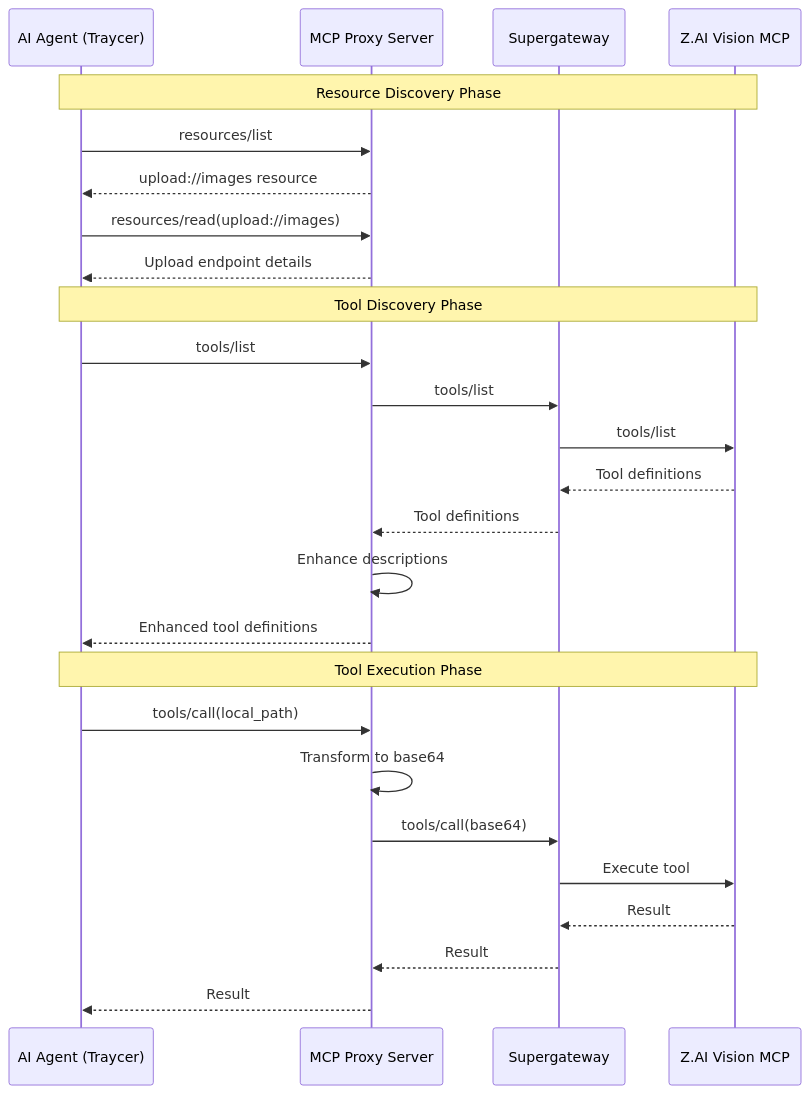
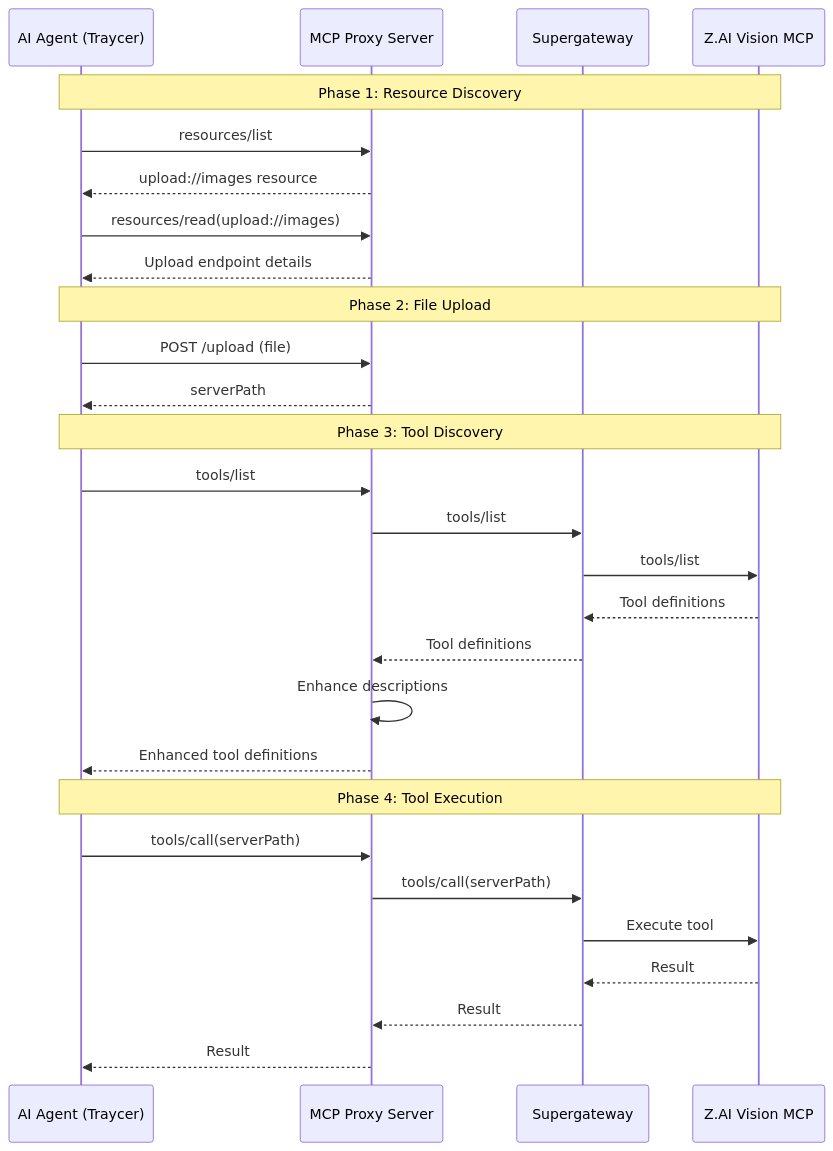
Before and after one commit to TotalLag/z_ai-vision-mcp-fly: the diagram in README.md, drawn with Mermaid. The commit also changed other lines of this file and 1 other file, not shown here.

First line of the commit message:
refactor(server): replace base64 conversion with upload-only workflow

````diff
--- a/README.md
+++ b/README.md
@@ -99,31 +118,34 @@
 ```mermaid
 sequenceDiagram
     participant Agent as AI Agent (Traycer)
     participant Proxy as MCP Proxy Server
     participant Gateway as Supergateway
     participant Vision as Z.AI Vision MCP
     
-    Note over Agent,Vision: Resource Discovery Phase
+    Note over Agent,Vision: Phase 1: Resource Discovery
     Agent->>Proxy: resources/list
     Proxy-->>Agent: upload://images resource
     Agent->>Proxy: resources/read(upload://images)
     Proxy-->>Agent: Upload endpoint details
     
-    Note over Agent,Vision: Tool Discovery Phase
+    Note over Agent,Vision: Phase 2: File Upload
+    Agent->>Proxy: POST /upload (file)
+    Proxy-->>Agent: serverPath
+    
+    Note over Agent,Vision: Phase 3: Tool Discovery
     Agent->>Proxy: tools/list
     Proxy->>Gateway: tools/list
     Gateway->>Vision: tools/list
     Vision-->>Gateway: Tool definitions
     Gateway-->>Proxy: Tool definitions
     Proxy->>Proxy: Enhance descriptions
     Proxy-->>Agent: Enhanced tool definitions
     
-    Note over Agent,Vision: Tool Execution Phase
-    Agent->>Proxy: tools/call(local_path)
-    Proxy->>Proxy: Transform to base64
-    Proxy->>Gateway: tools/call(base64)
+    Note over Agent,Vision: Phase 4: Tool Execution
+    Agent->>Proxy: tools/call(serverPath)
+    Proxy->>Gateway: tools/call(serverPath)
     Gateway->>Vision: Execute tool
     Vision-->>Gateway: Result
     Gateway-->>Proxy: Result
     Proxy-->>Agent: Result
 ```
````
